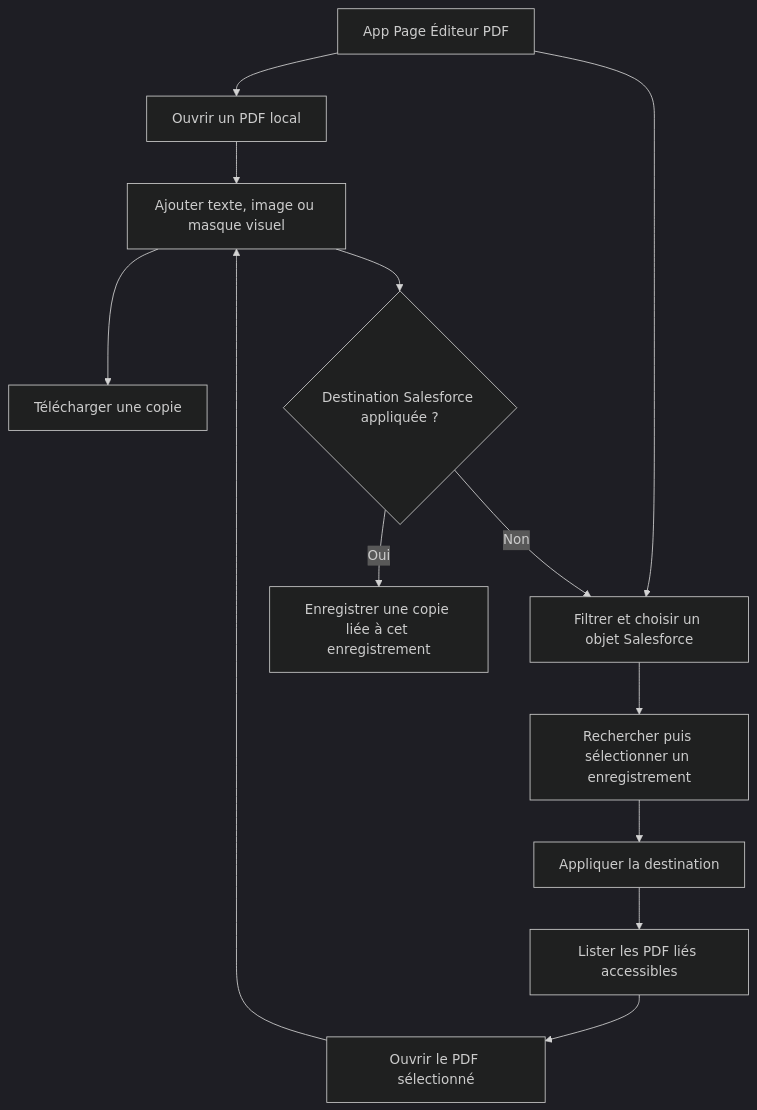
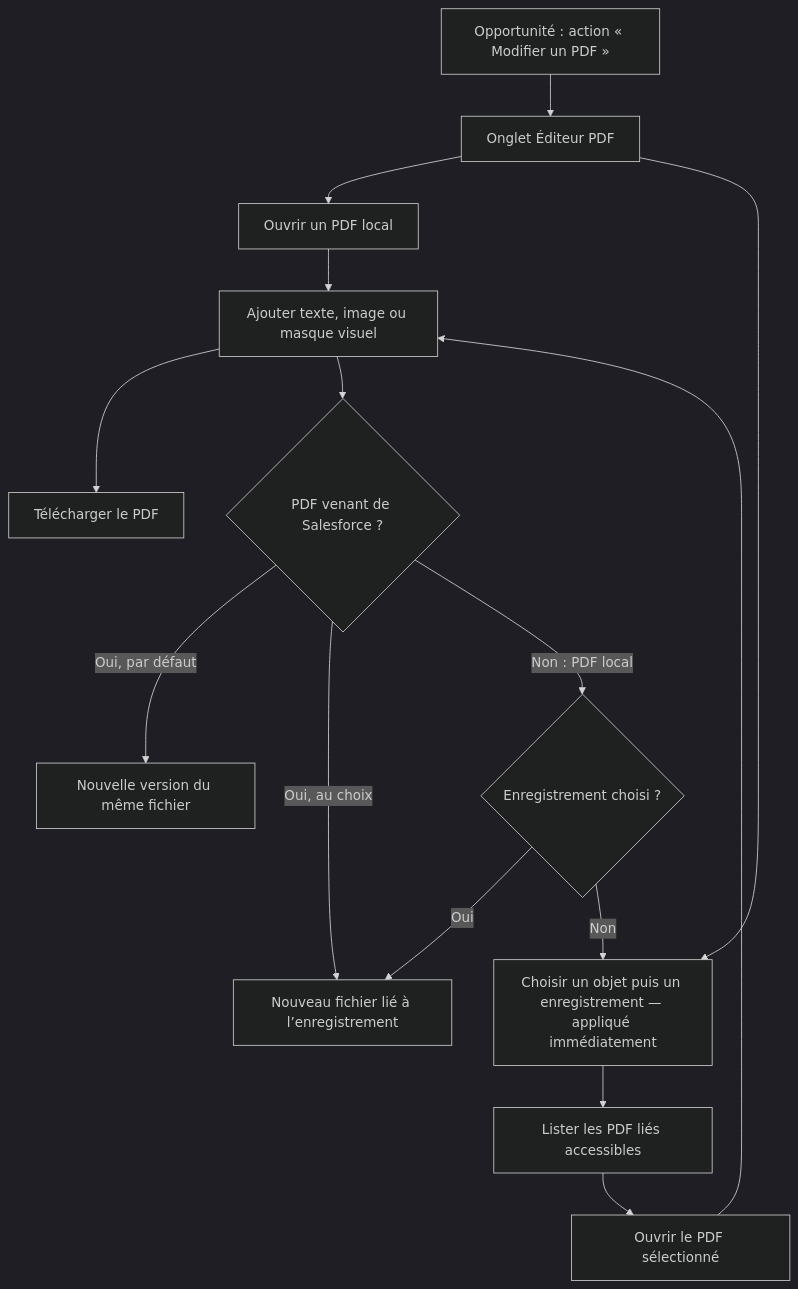
One commit to Nounem/pdf-editor-salesforce changed the diagram in docs/PARCOURS_MULTI_OBJETS.md. Above: the diagram before and after it, drawn with Mermaid (dark theme). The commit also changed other lines of this file and 24 other files, not shown here.

First line of the commit message:
Phase 2: Opportunity action, save as new version, simpler record choice

````diff
--- a/docs/PARCOURS_MULTI_OBJETS.md
+++ b/docs/PARCOURS_MULTI_OBJETS.md
@@ -5,15 +5,17 @@
 ```mermaid
 flowchart TD
-    A[App Page Éditeur PDF] --> B[Ouvrir un PDF local]
-    A --> C[Filtrer et choisir un objet Salesforce]
-    C --> D[Rechercher puis sélectionner un enregistrement]
-    D --> E[Appliquer la destination]
-    E --> F[Lister les PDF liés accessibles]
+    R[Opportunité : action « Modifier un PDF »] --> A
+    A[Onglet Éditeur PDF] --> B[Ouvrir un PDF local]
+    A --> C[Choisir un objet puis un enregistrement — appliqué immédiatement]
+    C --> F[Lister les PDF liés accessibles]
     F --> G[Ouvrir le PDF sélectionné]
     B --> H[Ajouter texte, image ou masque visuel]
     G --> H
-    H --> I[Télécharger une copie]
-    H --> J{Destination Salesforce appliquée ?}
-    J -->|Oui| K[Enregistrer une copie liée à cet enregistrement]
-    J -->|Non| C
+    H --> I[Télécharger le PDF]
+    H --> J{PDF venant de Salesforce ?}
+    J -->|Oui, par défaut| K[Nouvelle version du même fichier]
+    J -->|Oui, au choix| L[Nouveau fichier lié à l’enregistrement]
+    J -->|Non : PDF local| M{Enregistrement choisi ?}
+    M -->|Oui| L
+    M -->|Non| C
 ```
````
